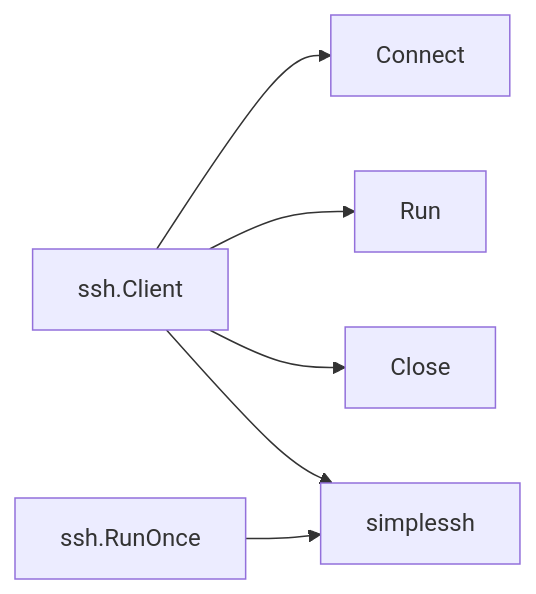
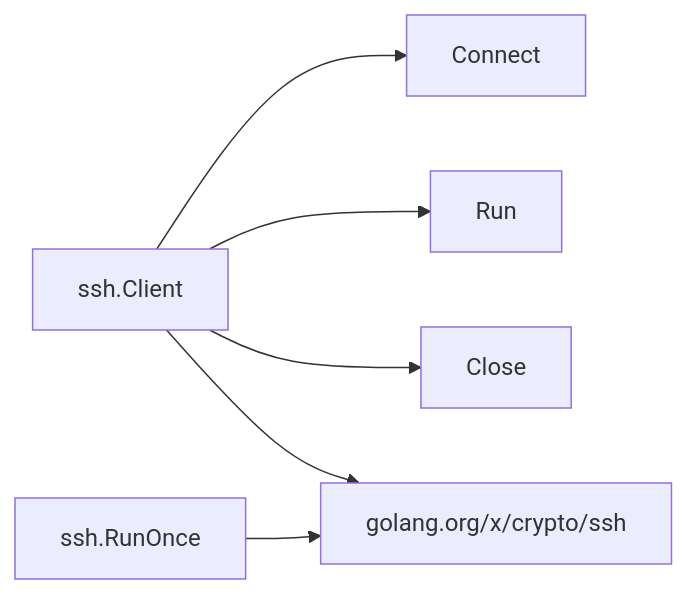
One commit to dracory/ork changed the second of 12 diagrams in docs/livewiki/architecture.md. Above: the diagram before and after it, drawn with Mermaid. The commit also changed 9 other files, not shown here.

Commit message:
refactor: replace simplessh with golang.org/x/crypto/ssh for direct SSH implementation with custom algorithm support and known_hosts validation

````diff
--- a/docs/livewiki/architecture.md
+++ b/docs/livewiki/architecture.md
@@ -127,8 +127,8 @@
 ```mermaid
 graph LR
     A[ssh.Client] --> B[Connect]
     A --> C[Run]
     A --> D[Close]
-    E[ssh.RunOnce] --> F[simplessh]
+    E[ssh.RunOnce] --> F[golang.org/x/crypto/ssh]
     A --> F
 ```
````
